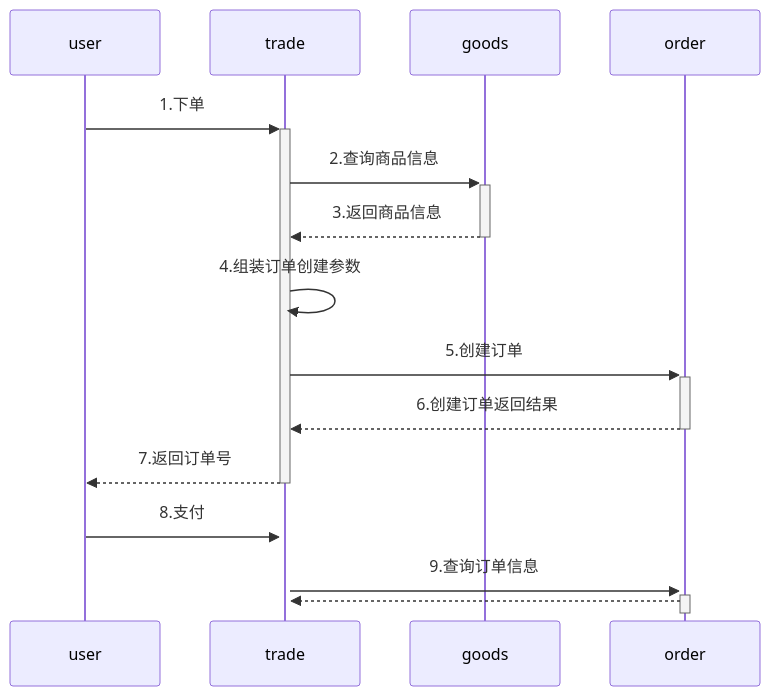
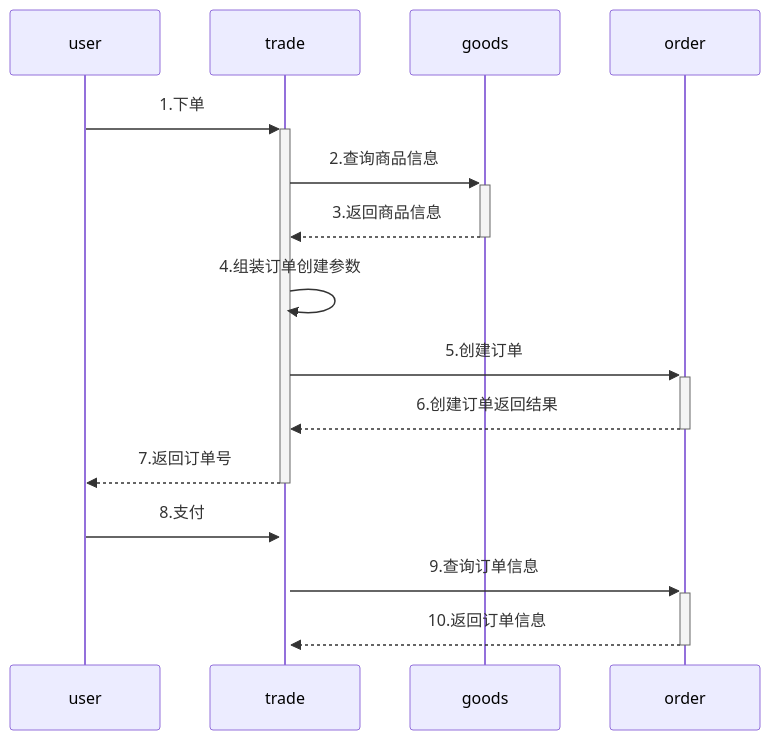
Before and after one commit to yingjianzh/iodraw-files: the diagram in all/未命名-6.md, drawn with Mermaid.

Commit message:
2024-08-19 15:45:08 update

````diff
--- a/all/未命名-6.md
+++ b/all/未命名-6.md
@@ -1,13 +1,14 @@
 ```mermaid
 sequenceDiagram
     user->>+trade: 1.下单
     trade->>+goods: 2.查询商品信息
     goods-->>-trade: 3.返回商品信息
     trade->>trade: 4.组装订单创建参数
     trade->>+order: 5.创建订单
     order-->>-trade: 6.创建订单返回结果
     trade-->>-user: 7.返回订单号
     user->>+trade: 8.支付
     trade->>+order: 9.查询订单信息
-    order-->>-trade: 
+    order-->>-trade: 10.返回订单信息
+    
 ```
````
